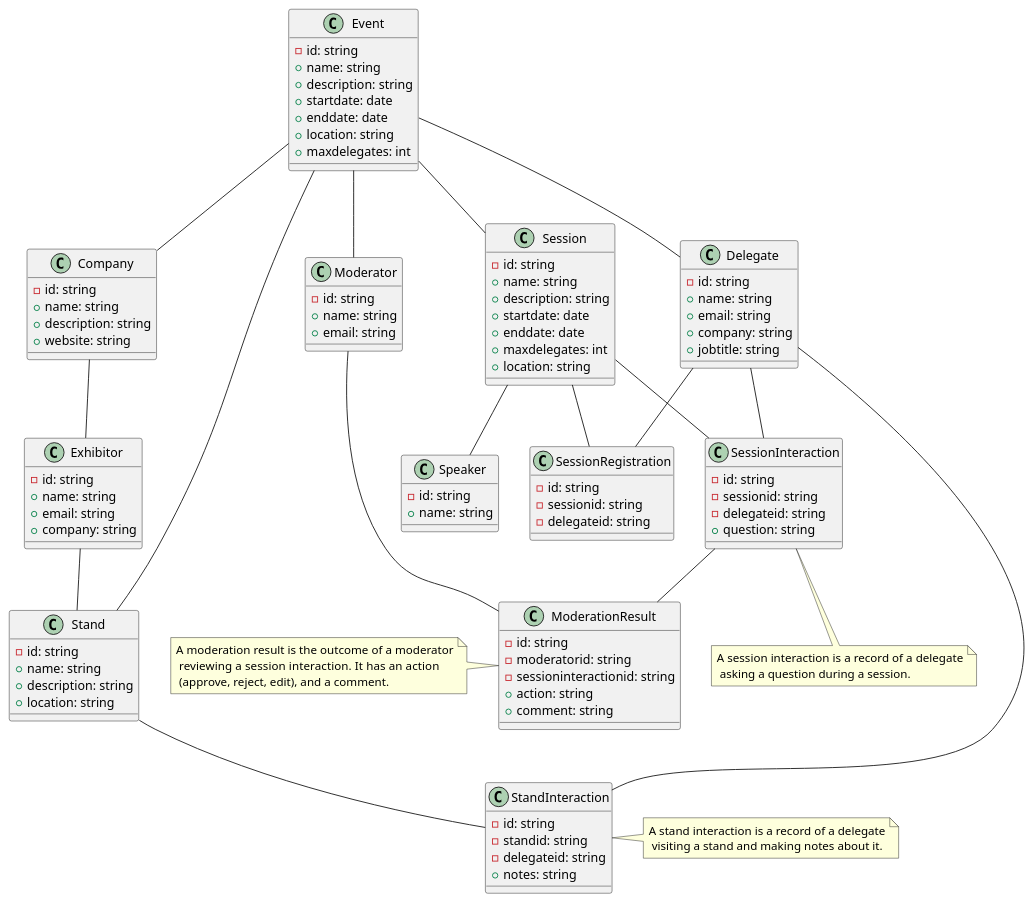
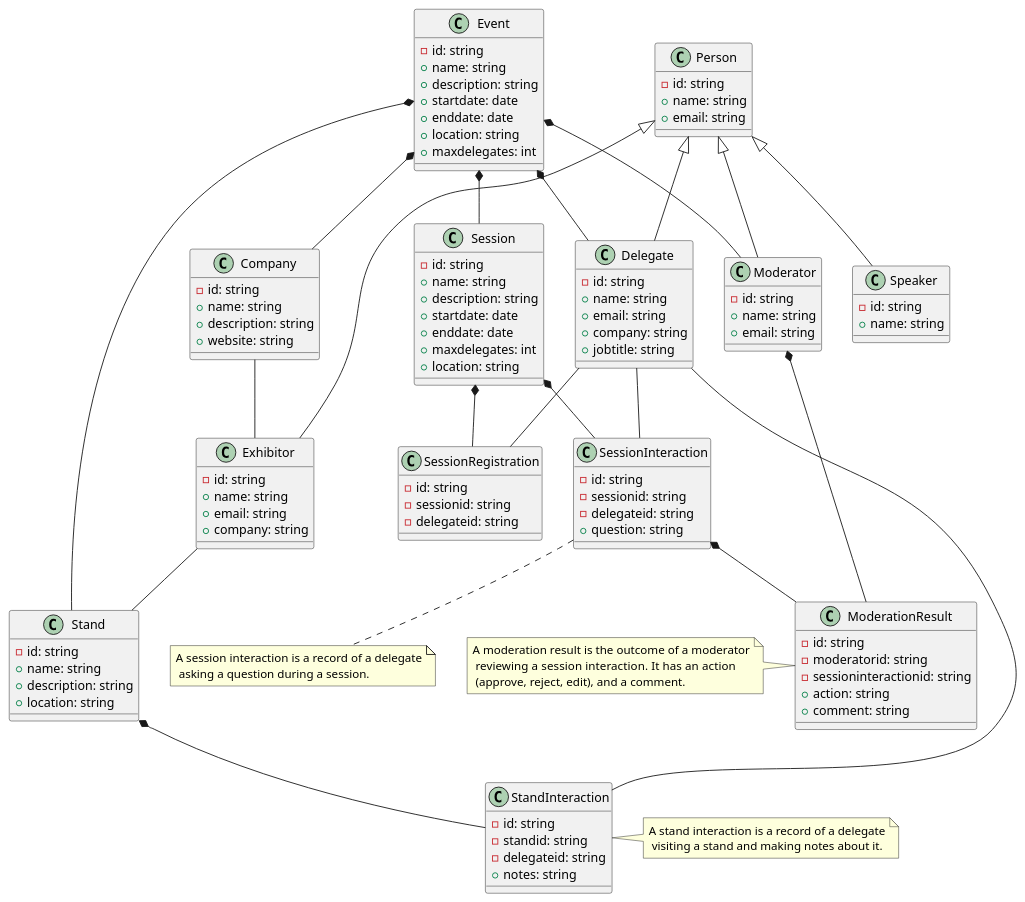
One commit to CSC-40084-Group-7/BMI2-UML changed the diagram in BookMeIn2.puml. Above: the diagram before and after it, drawn with PlantUML. The commit also changed 1 other file, not shown here.

```diff
--- a/BookMeIn2.puml
+++ b/BookMeIn2.puml
@@ -1,136 +1,151 @@
 @startuml BookMeIn2
 
 /'
 Glossary
 
 Event: The event that is happening, e.g. App Development in a mobile world.
 Delegates: People attending the event, sometimes on behalf of a company.
 Exhibitor: A person attending the event on behalf of their company. Each Exhibitor works at one stand.
 Moderator: Works in the background during a session filtering the questions sent in by delegates, for the purpose of avoiding anything unsuitable being sent to the speaker, and amalgamating similar questions into one so as to avoid repeating the same question
 Session: A talk or presentation happening at the event. Several of these can happen at the same time at larger events and delegates would have to choose which ones they want to attend.  Sometimes these can require a pre-registration of interest to allow entry.
 Speaker: An individual presenting the session. These can be the same as exhibitors, or they may be completely independent.
 Stand: One per company at the event. These companies are ones that have paid to have a stand at the event.  Often these will be sponsors of the event looking to sell some sort of software or service to the delegates.   Multiple Exhibitors may work on one stand though.
 '/
 
 ' Entities
 
 class "Event" as event {
     - id: string
     + name: string
     + description: string
     + startdate: date
     + enddate: date
     + location: string
     + maxdelegates: int
+}
+
+class "Person" as person {
+    - id: string
+    + name: string
+    + email: string
 }
 
 class "Delegate" as delegate {
     - id: string
     + name: string
     + email: string
     + company: string
     + jobtitle: string
 }
 
 class "Exhibitor" as exhibitor {
     - id: string
     + name: string
     + email: string
     + company: string
 }
 
 class "Moderator" as moderator {
     - id: string
     + name: string
     + email: string
 }
 
 class "Session" as session {
     - id: string
     + name: string
     + description: string
     + startdate: date
     + enddate: date
     + maxdelegates: int
     + location: string
 }
 
 class "Speaker" as speaker {
     - id: string
     + name: string
 }
 
 class "Stand" as stand {
     - id: string
     + name: string
     + description: string
     + location: string
 }
 
 class "Company" as company {
     - id: string
     + name: string
     + description: string
     + website: string
 }
 
 class "SessionRegistration" as sessionregistration {
     - id: string
     - sessionid: string
     - delegateid: string
 }
 
 class "StandInteraction" as standinteraction {
     - id: string
     - standid: string
     - delegateid: string
     + notes: string
 }
 
 class "SessionInteraction" as sessioninteraction {
     - id: string
     - sessionid: string
     - delegateid: string
     + question: string
 }
 
 class "ModerationResult" as moderationresult {
     - id: string
     - moderatorid: string
     - sessioninteractionid: string
     + action: string
     + comment: string
 }
 
 ' Relationships
 
-event -- delegate
-event -- session
-event -- stand
-event -- moderator
-event -- company
-
 delegate -- standinteraction
 delegate -- sessioninteraction
 delegate -- sessionregistration
 
 exhibitor -- stand
 company -- exhibitor
 
-session -- speaker
-session -- sessioninteraction
-session -- sessionregistration
 
-stand -- standinteraction
+' Inheritance
 
-moderator -- moderationresult
+person <|-- delegate
+person <|-- exhibitor
+person <|-- moderator
+person <|-- speaker
 
-sessioninteraction -- moderationresult
+' Composition
+
+event *-- session
+event *-- stand
+event *-- delegate
+event *-- moderator
+event *-- company
+
+' Aggregation
+
+session *-- sessioninteraction
+session *-- sessionregistration
+stand *-- standinteraction
+moderator *-- moderationresult
+sessioninteraction *-- moderationresult
+
 
 ' Notes
 
 note left of moderationresult : A moderation result is the outcome of a moderator\n reviewing a session interaction.  It has an action\n (approve, reject, edit), and a comment.
 note right of standinteraction : A stand interaction is a record of a delegate\n visiting a stand and making notes about it.
 note bottom of sessioninteraction : A session interaction is a record of a delegate\n asking a question during a session.
 
 @enduml
```
